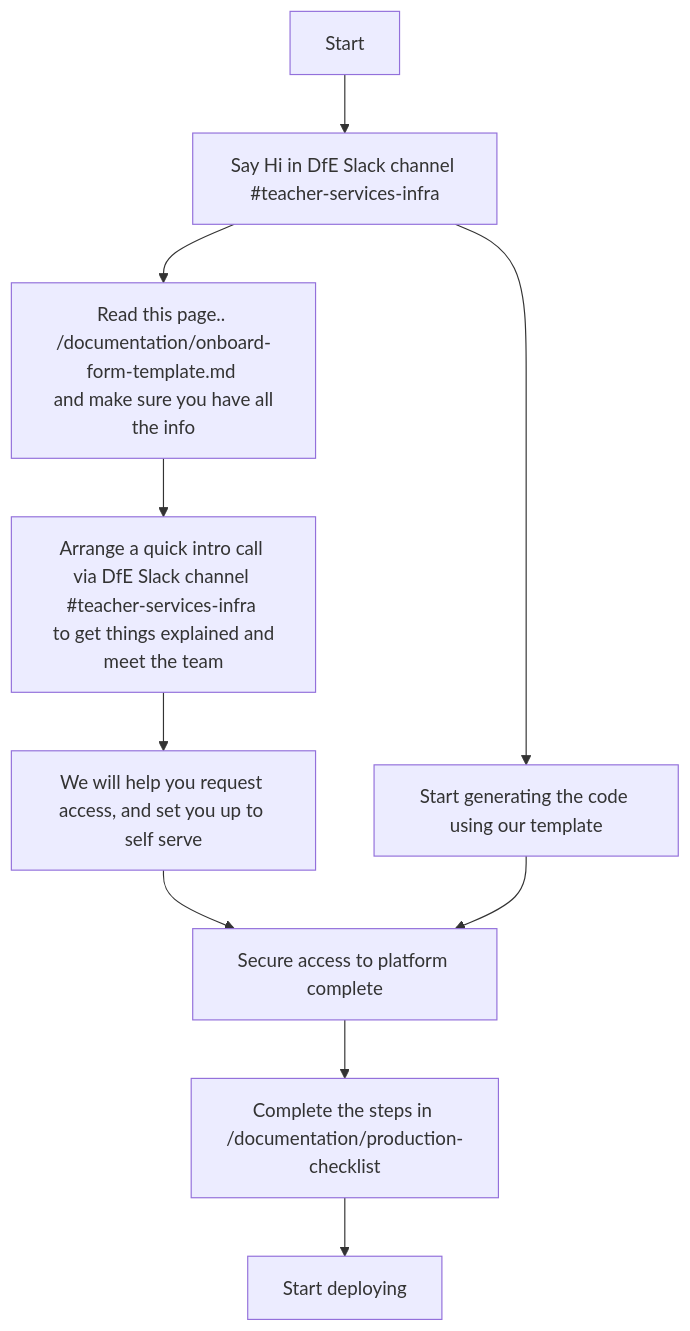
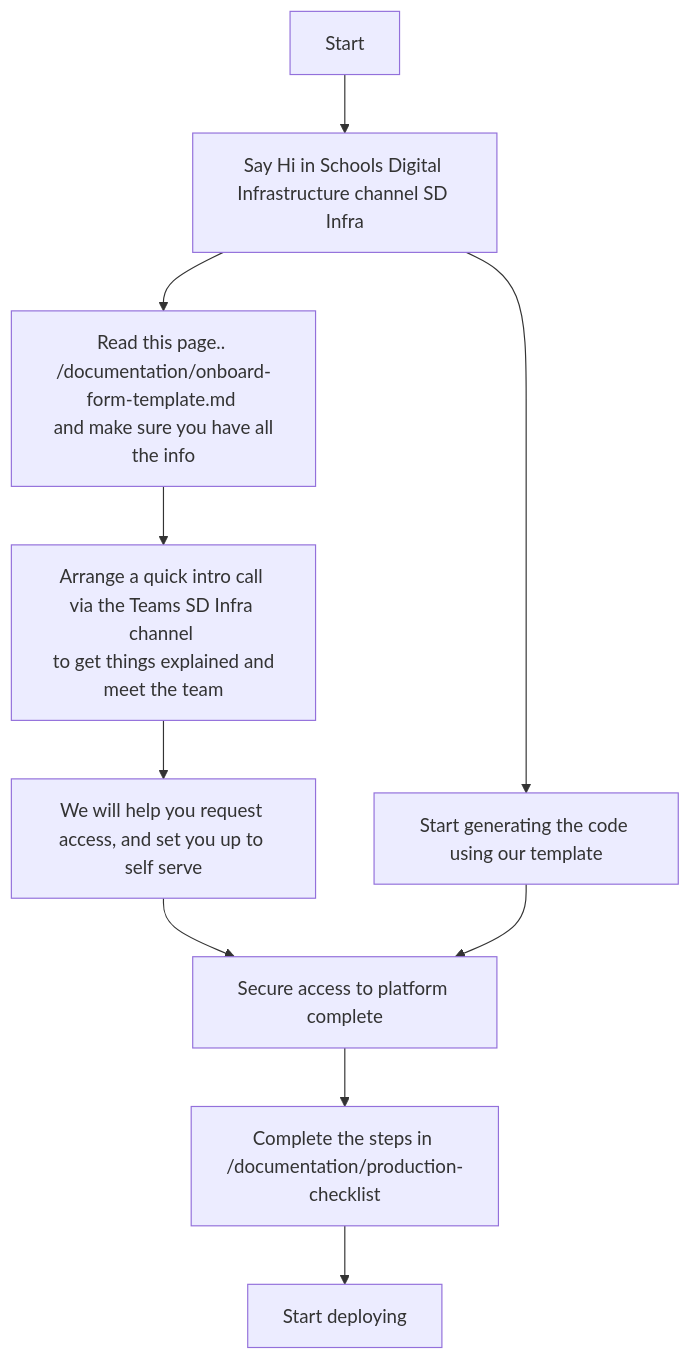
Before and after one commit to DFE-Digital/teacher-services-cloud: the diagram in documentation/onboard-service.md, drawn with Mermaid. The commit also changed 1 other file, not shown here.

Commit message:
Replaces Slack references with Teams

````diff
--- a/documentation/onboard-service.md
+++ b/documentation/onboard-service.md
@@ -4,12 +4,12 @@
 ```mermaid
 flowchart TD;
-    Start["Start"] --> Slack["Say Hi in DfE Slack channel #teacher-services-infra"];
-    Slack --> GetCoding["Start generating the code using our template"];
-    Slack --> FillForm["Read this page.. /documentation/onboard-form-template.md <br> and make sure you have all the info"];
-    FillForm --> OnboardCall["Arrange a quick intro call via DfE Slack channel #teacher-services-infra <br> to get things explained and meet the team"];
+    Start["Start"] --> Introduction["Say Hi in Schools Digital Infrastructure channel SD Infra"];
+    Introduction --> GetCoding["Start generating the code using our template"];
+    Introduction --> FillForm["Read this page.. /documentation/onboard-form-template.md <br> and make sure you have all the info"];
+    FillForm --> OnboardCall["Arrange a quick intro call via the Teams SD Infra channel <br> to get things explained and meet the team"];
     OnboardCall --> SetUpCall["We will help you request access, and set you up to self serve"];
     SetUpCall --> SetUpComplete["Secure access to platform complete"];
     SetUpComplete --> ProdReady["Complete the steps in /documentation/production-checklist"]
     GetCoding --> SetUpComplete;
     ProdReady --> Done["Start deploying"] ;
 ```
````
